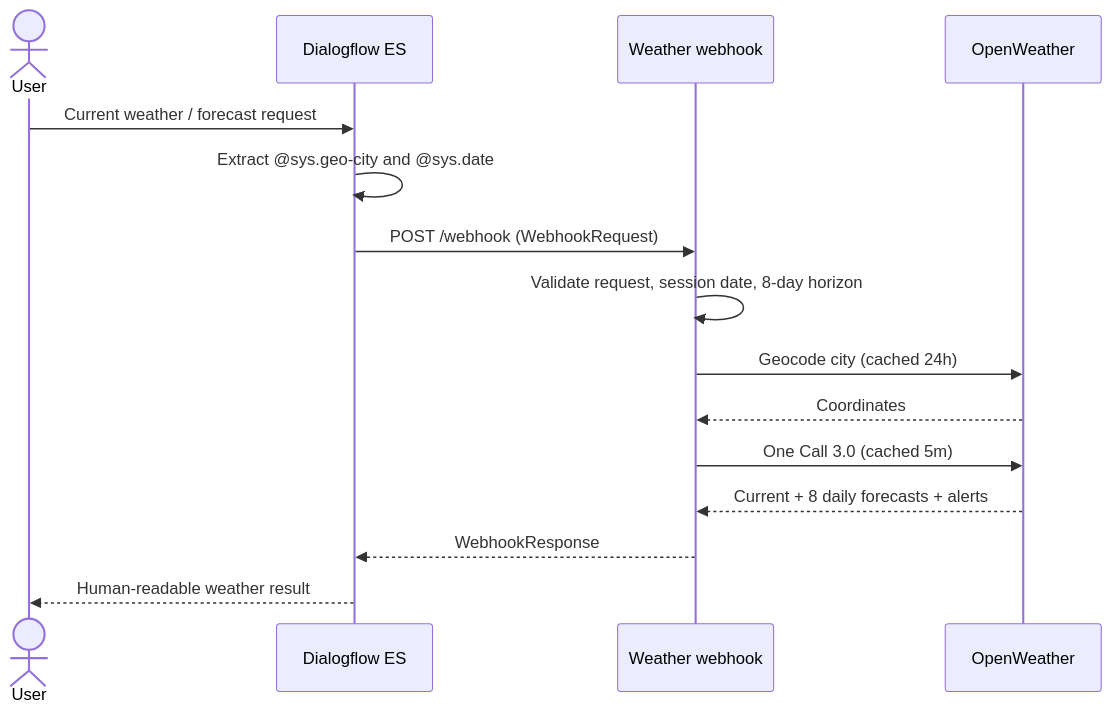
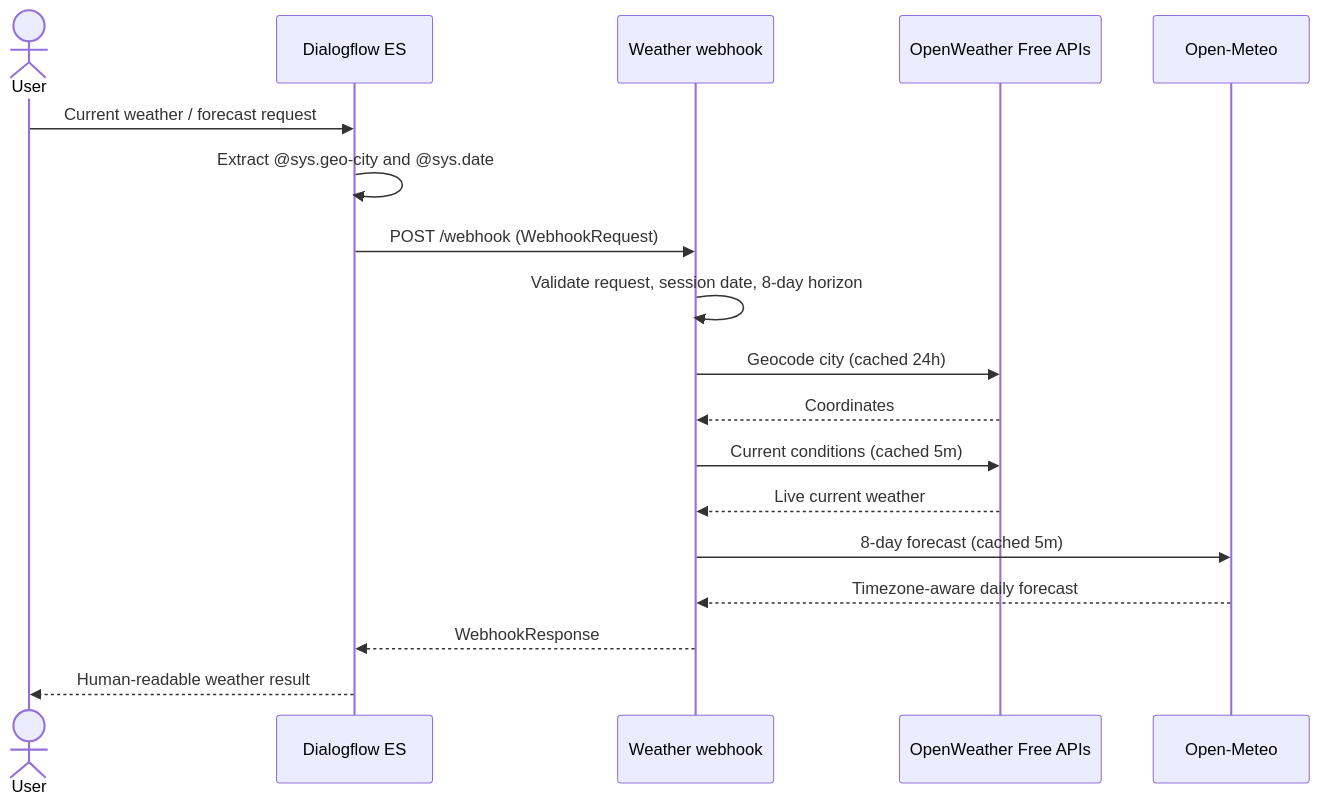
One commit to nehaaamir17/atmos-dialogflow-weather-bot changed the diagram in README.md. Above: the diagram before and after it, drawn with Mermaid. The commit also changed other lines of this file, not shown here.

Commit message:
Document zero-cost weather configuration

````diff
--- a/README.md
+++ b/README.md
@@ -21,17 +21,20 @@
 ```mermaid
 sequenceDiagram
     actor User
     participant DF as Dialogflow ES
     participant API as Weather webhook
-    participant OW as OpenWeather
+    participant OW as OpenWeather Free APIs
+    participant OM as Open-Meteo
     User->>DF: Current weather / forecast request
     DF->>DF: Extract @sys.geo-city and @sys.date
     DF->>API: POST /webhook (WebhookRequest)
     API->>API: Validate request, session date, 8-day horizon
     API->>OW: Geocode city (cached 24h)
     OW-->>API: Coordinates
-    API->>OW: One Call 3.0 (cached 5m)
-    OW-->>API: Current + 8 daily forecasts + alerts
+    API->>OW: Current conditions (cached 5m)
+    OW-->>API: Live current weather
+    API->>OM: 8-day forecast (cached 5m)
+    OM-->>API: Timezone-aware daily forecast
     API-->>DF: WebhookResponse
     DF-->>User: Human-readable weather result
 ```
````
